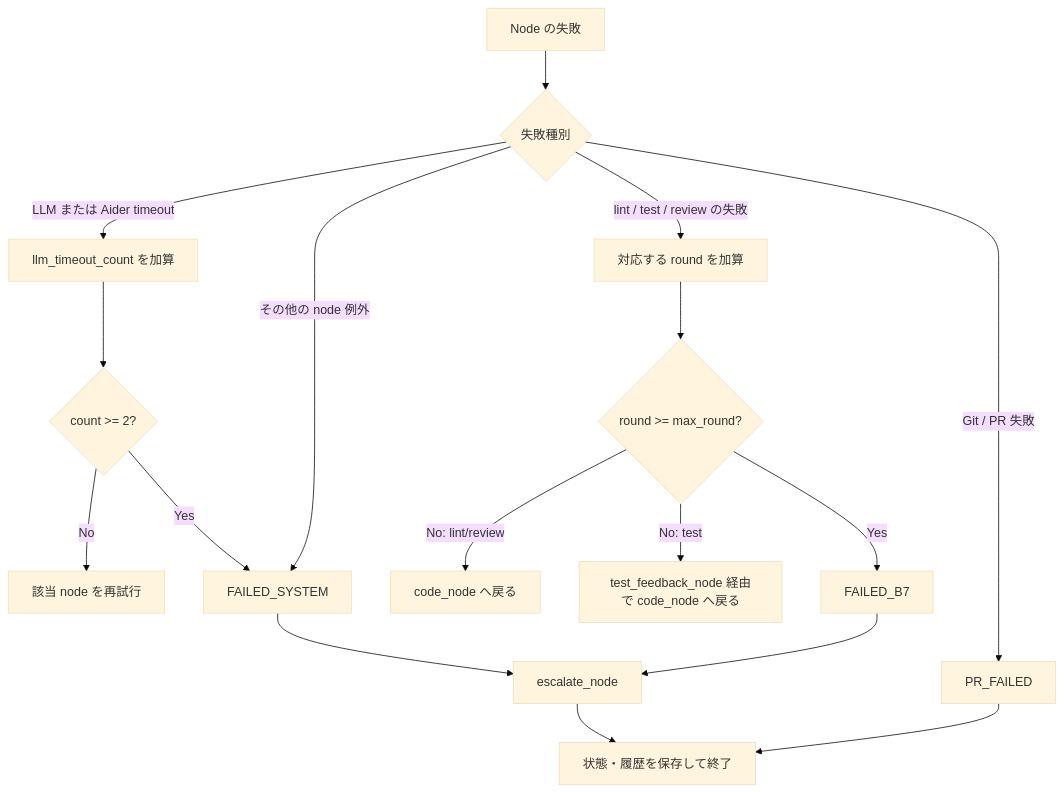
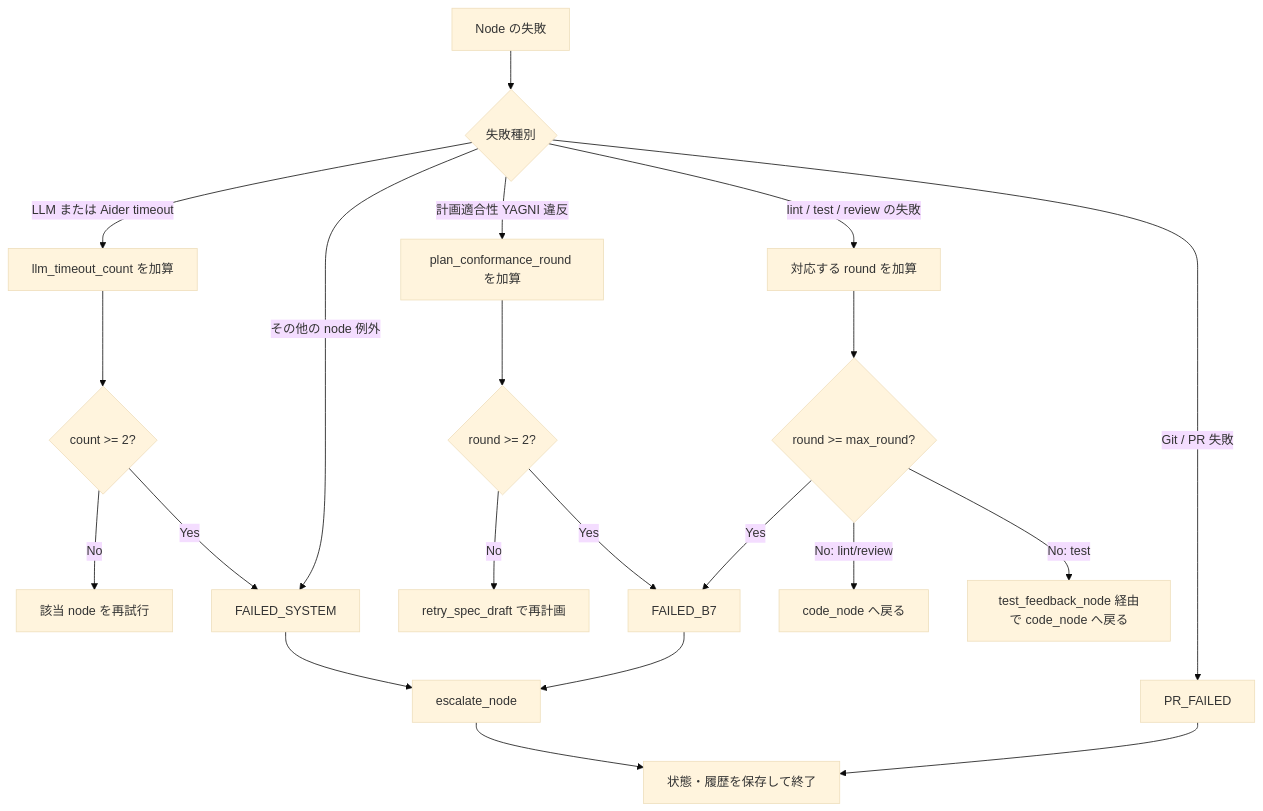
One commit to xzyozi/second-brain-graph changed the third of 3 diagrams in docs/design/SBOS-DD-003_詳細設計書.md. Above: the diagram before and after it, drawn with Mermaid (base theme). The commit also changed other lines of this file and 2 other files, not shown here.

Commit message:
docs: spec_draftにおけるDoD要件逸脱(YAGNI違反)検知ゲートの設計書改訂 (Section 1)

````diff
--- a/docs/design/SBOS-DD-003_詳細設計書.md
+++ b/docs/design/SBOS-DD-003_詳細設計書.md
@@ -172,19 +173,23 @@
 ```mermaid
 flowchart TD
     Start[Node の失敗] --> Type{失敗種別}
     Type -->|LLM または Aider timeout| Timeout[llm_timeout_count を加算]
     Timeout --> Limit{count >= 2?}
     Limit -->|No| RetryLLM[該当 node を再試行]
     Limit -->|Yes| System[FAILED_SYSTEM]
+    Type -->|計画適合性 YAGNI 違反| PlanRound[plan_conformance_round を加算]
+    PlanRound --> PlanLimit{round >= 2?}
+    PlanLimit -->|No| RetrySpec[retry_spec_draft で再計画]
+    PlanLimit -->|Yes| B7
     Type -->|lint / test / review の失敗| Round[対応する round を加算]
     Round --> RoundLimit{round >= max_round?}
     RoundLimit -->|No: lint/review| Code[code_node へ戻る]
     RoundLimit -->|No: test| Feedback[test_feedback_node 経由で code_node へ戻る]
     RoundLimit -->|Yes| B7[FAILED_B7]
     Type -->|その他の node 例外| System
     Type -->|Git / PR 失敗| PRFail[PR_FAILED]
     System --> Escalate[escalate_node]
     B7 --> Escalate
     Escalate --> Persist[状態・履歴を保存して終了]
     PRFail --> Persist
 ```
````
